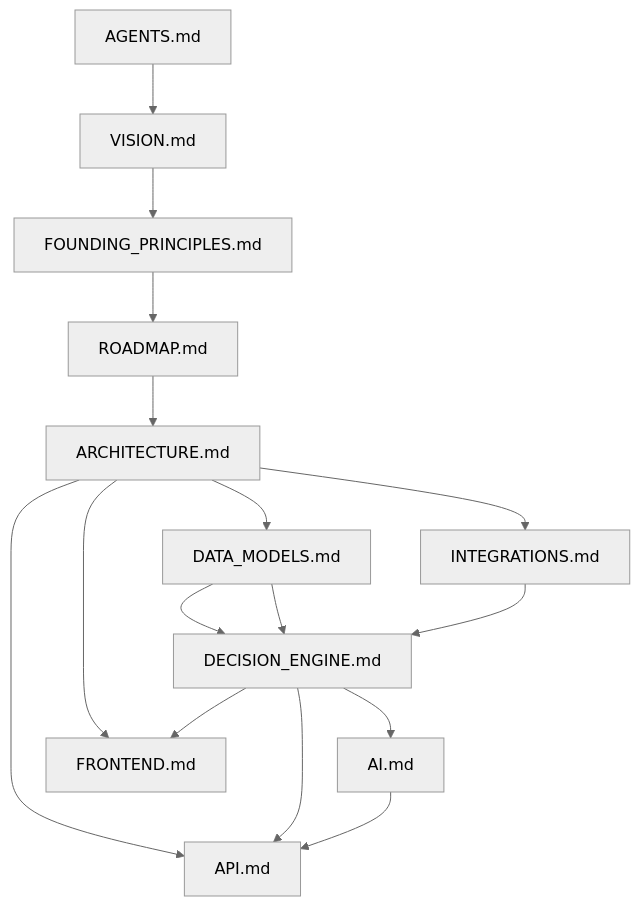
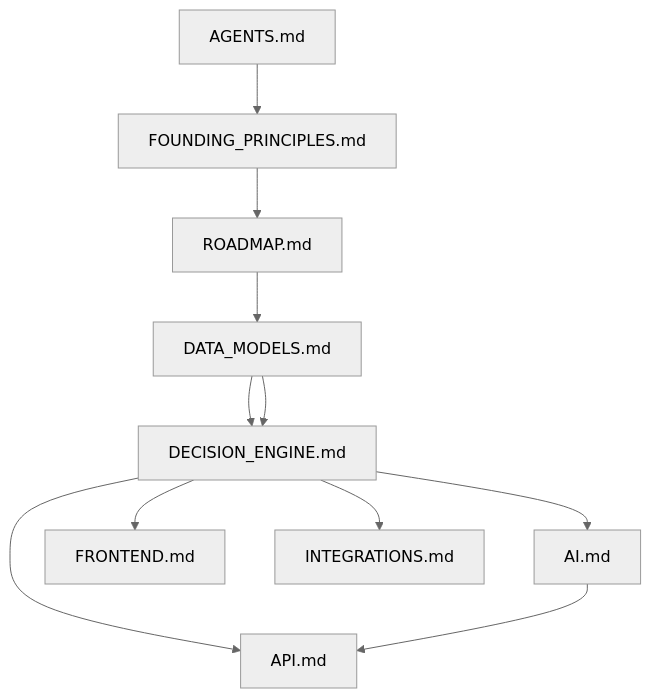
The diagram in docs/README.md (sameeradsv/chef), drawn with Mermaid (neutral theme) before and after one commit. The commit also changed other lines of this file and 16 other files, not shown here.

````diff
--- a/docs/README.md
+++ b/docs/README.md
@@ -31,18 +27,13 @@
 ```mermaid
 flowchart TD
-  A[AGENTS.md] --> B[VISION.md]
-  B --> C[FOUNDING_PRINCIPLES.md]
-  C --> D[ROADMAP.md]
-  D --> E[ARCHITECTURE.md]
-  E --> F[DATA_MODELS.md]
-  F --> G[DECISION_ENGINE.md]
-  G --> H[AI.md]
-  E --> I[API.md]
-  E --> J[FRONTEND.md]
-  E --> K[INTEGRATIONS.md]
+  A[AGENTS.md] --> B[FOUNDING_PRINCIPLES.md]
+  B --> C[ROADMAP.md]
+  C --> D[DATA_MODELS.md]
+  D --> E[DECISION_ENGINE.md]
+  E --> F[AI.md]
+  E --> G[API.md]
+  E --> H[FRONTEND.md]
+  E --> I[INTEGRATIONS.md]
+  D --> E
   F --> G
-  G --> I
-  G --> J
-  H --> I
-  K --> G
 ```
````
